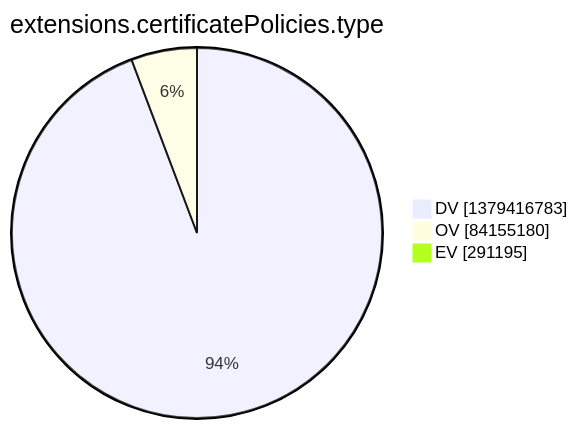
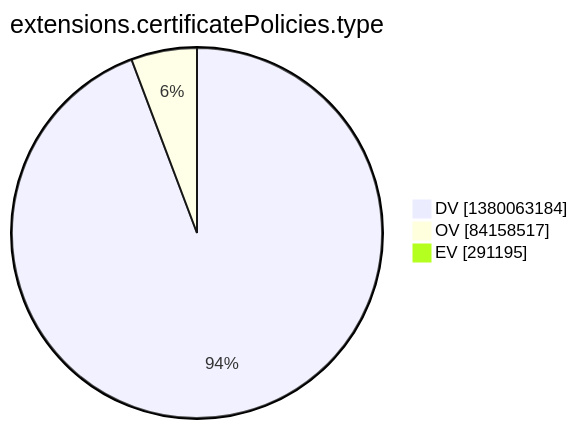
The tenth of 15 diagrams in argon2022/README.md (christiankrug/ctmonitor_visualization), drawn with Mermaid before and after one commit. The commit also changed other lines of this file, not shown here.

````diff
--- a/argon2022/README.md
+++ b/argon2022/README.md
@@ -2773,7 +2773,7 @@
 ```mermaid
 pie showData
 title extensions.certificatePolicies.type
-"DV" :1379416783
-"OV" :84155180
+"DV" :1380063184
+"OV" :84158517
 "EV" :291195
 ```
````
